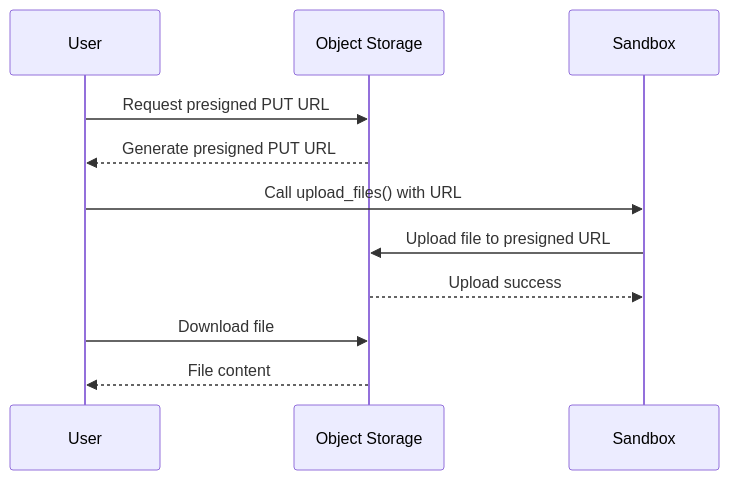
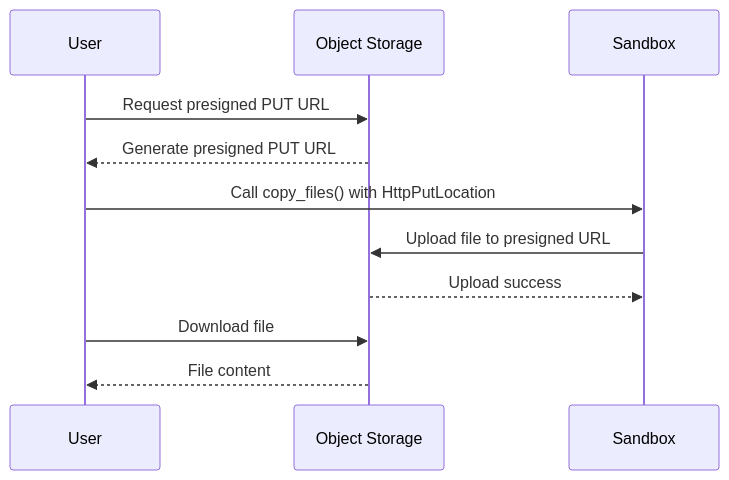
The second of 2 diagrams in docs/example.md (lybic/lybic-sdk-python), drawn with Mermaid before and after one commit. The commit also changed other lines of this file and 3 other files, not shown here.

````diff
--- a/docs/example.md
+++ b/docs/example.md
@@ -594,14 +626,14 @@
    ```mermaid
    sequenceDiagram
        participant User
        participant MinIO as Object Storage
        participant Sandbox
 
        User->>MinIO: Request presigned PUT URL
        MinIO-->>User: Generate presigned PUT URL
-       User->>Sandbox: Call upload_files() with URL
+       User->>Sandbox: Call copy_files() with HttpPutLocation
        Sandbox->>MinIO: Upload file to presigned URL
        MinIO-->>Sandbox: Upload success
        User->>MinIO: Download file
        MinIO-->>User: File content
    ```
````
